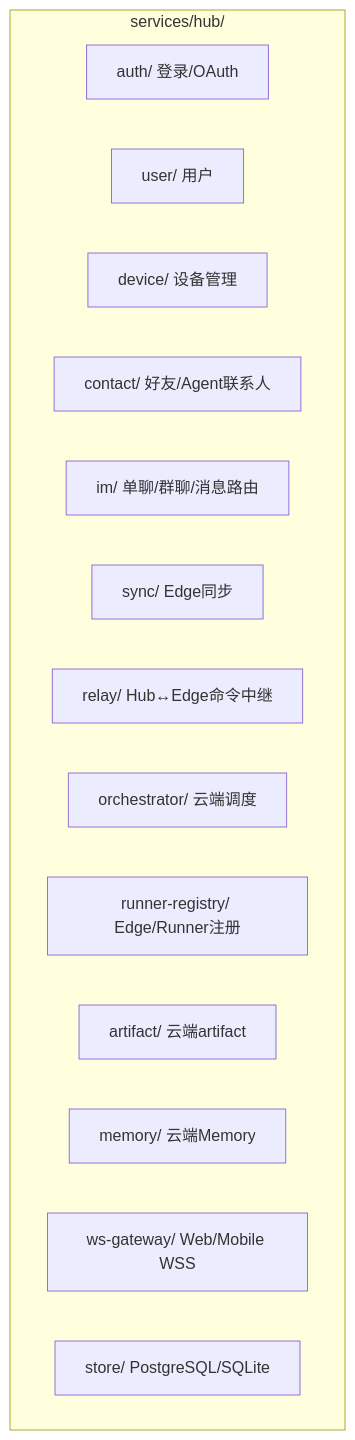
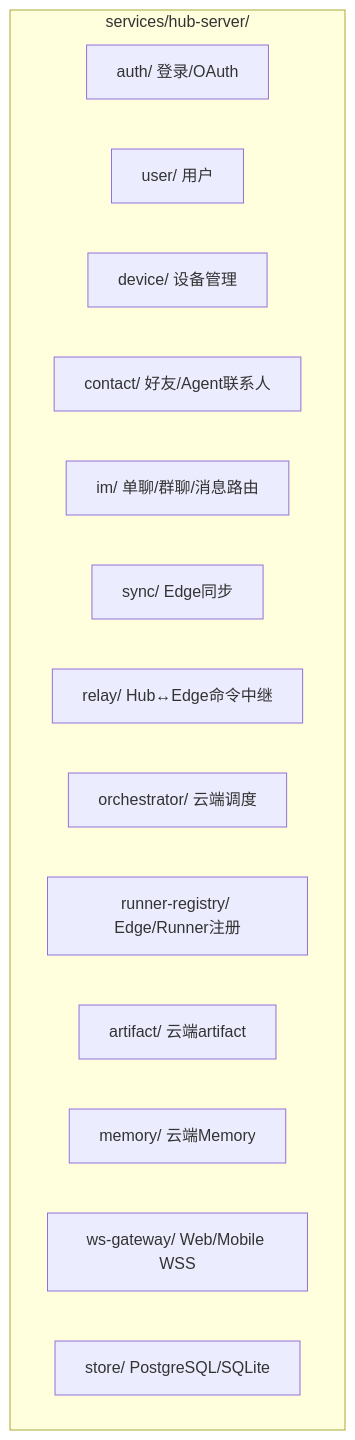
Before and after one commit to TokenDanceLab/AgentHub: the second of 10 diagrams in docs/architecture.md, drawn with Mermaid. The commit also changed other lines of this file and 36 other files, not shown here.

````diff
--- a/docs/architecture.md
+++ b/docs/architecture.md
@@ -38,18 +38,18 @@
 ```mermaid
 graph TB
-    subgraph Hub["services/hub/"]
+    subgraph Hub["services/hub-server/"]
         Auth["auth/ 登录/OAuth"]
         User["user/ 用户"]
         Device["device/ 设备管理"]
         Contact["contact/ 好友/Agent联系人"]
         IM["im/ 单聊/群聊/消息路由"]
         Sync["sync/ Edge同步"]
         Relay["relay/ Hub↔Edge命令中继"]
         Orch["orchestrator/ 云端调度"]
         Reg["runner-registry/ Edge/Runner注册"]
         Art["artifact/ 云端artifact"]
         Mem["memory/ 云端Memory"]
         WSG["ws-gateway/ Web/Mobile WSS"]
         Store["store/ PostgreSQL/SQLite"]
     end
 ```
````
